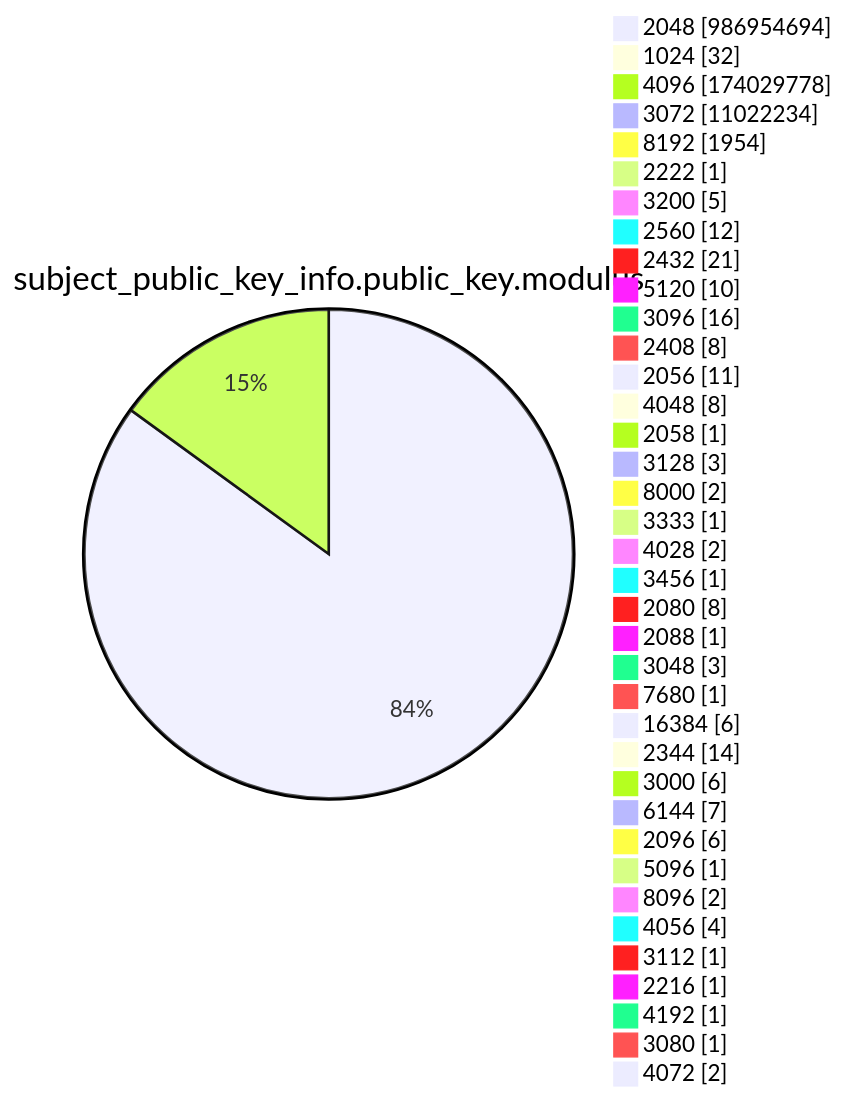
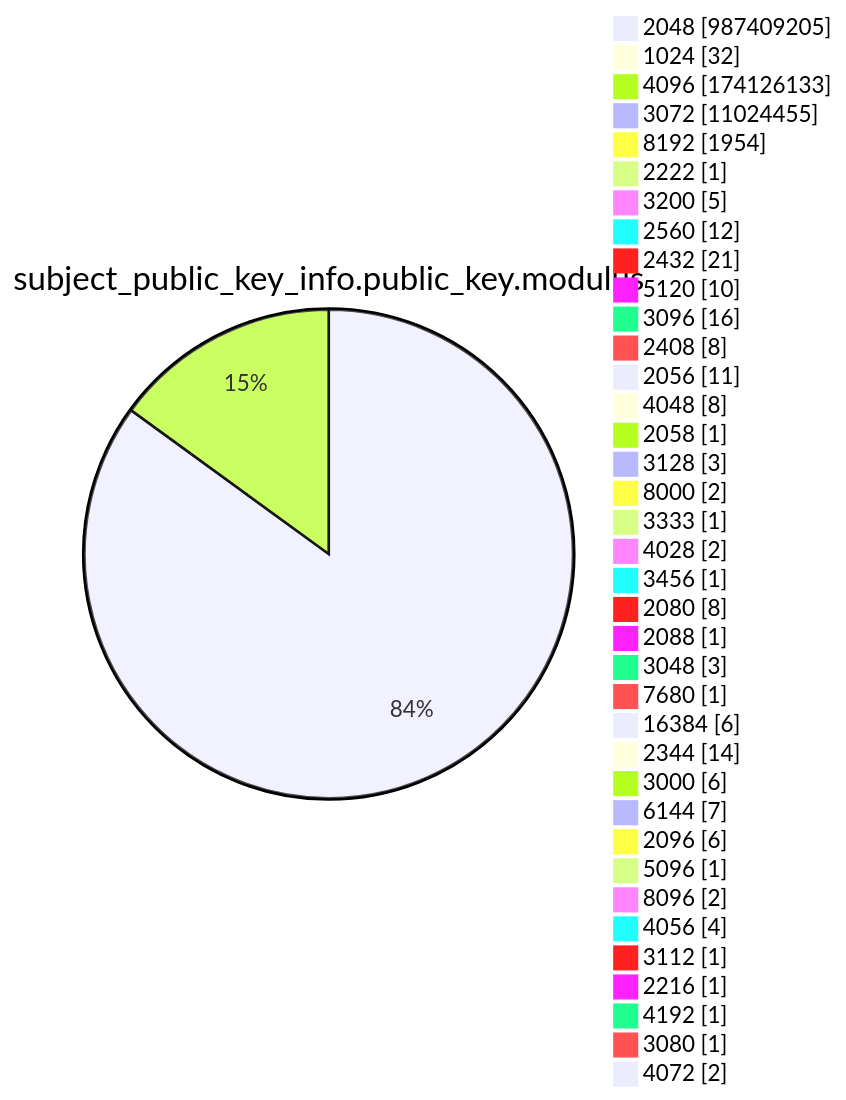
One commit to christiankrug/ctmonitor_visualization changed diagram 13 of 15 in argon2022/README.md. Above: the diagram before and after it, drawn with Mermaid. The commit also changed other lines of this file, not shown here.

````diff
--- a/argon2022/README.md
+++ b/argon2022/README.md
@@ -3587,41 +3587,41 @@
 ```mermaid
 pie showData
 title subject_public_key_info.public_key.modulus
-"2048" :986954694
+"2048" :987409205
 "1024" :32
-"4096" :174029778
-"3072" :11022234
+"4096" :174126133
+"3072" :11024455
 "8192" :1954
 "2222" :1
 "3200" :5
 "2560" :12
 "2432" :21
 "5120" :10
 "3096" :16
 "2408" :8
 "2056" :11
 "4048" :8
 "2058" :1
 "3128" :3
 "8000" :2
 "3333" :1
 "4028" :2
 "3456" :1
 "2080" :8
 "2088" :1
 "3048" :3
 "7680" :1
 "16384" :6
 "2344" :14
 "3000" :6
 "6144" :7
 "2096" :6
 "5096" :1
 "8096" :2
 "4056" :4
 "3112" :1
 "2216" :1
 "4192" :1
 "3080" :1
 "4072" :2
 ```
````
